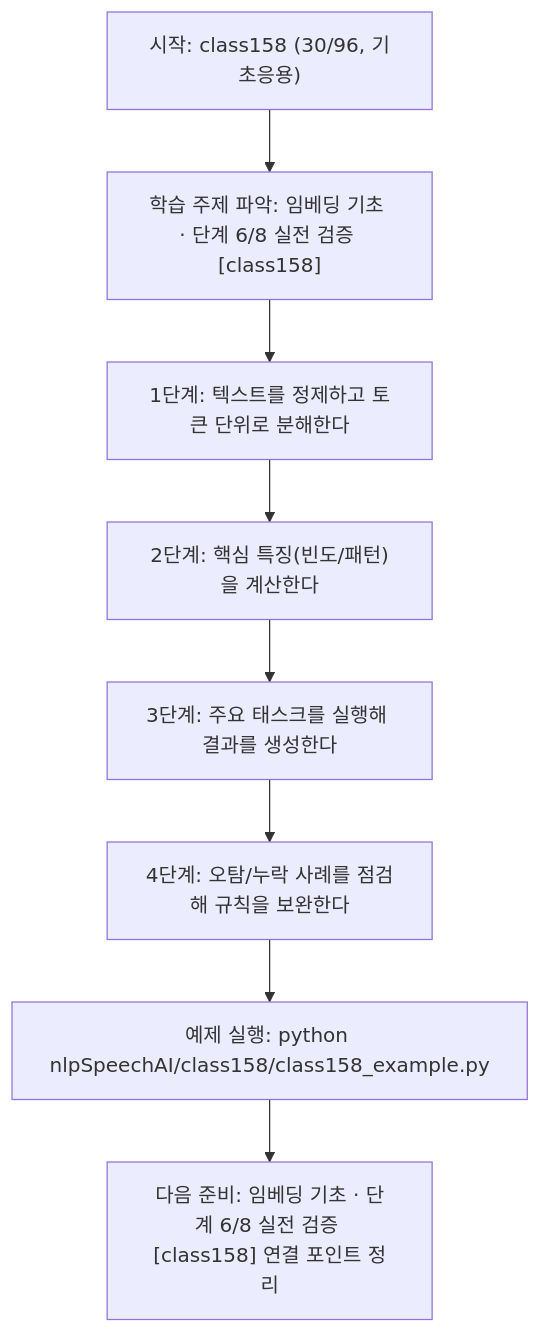
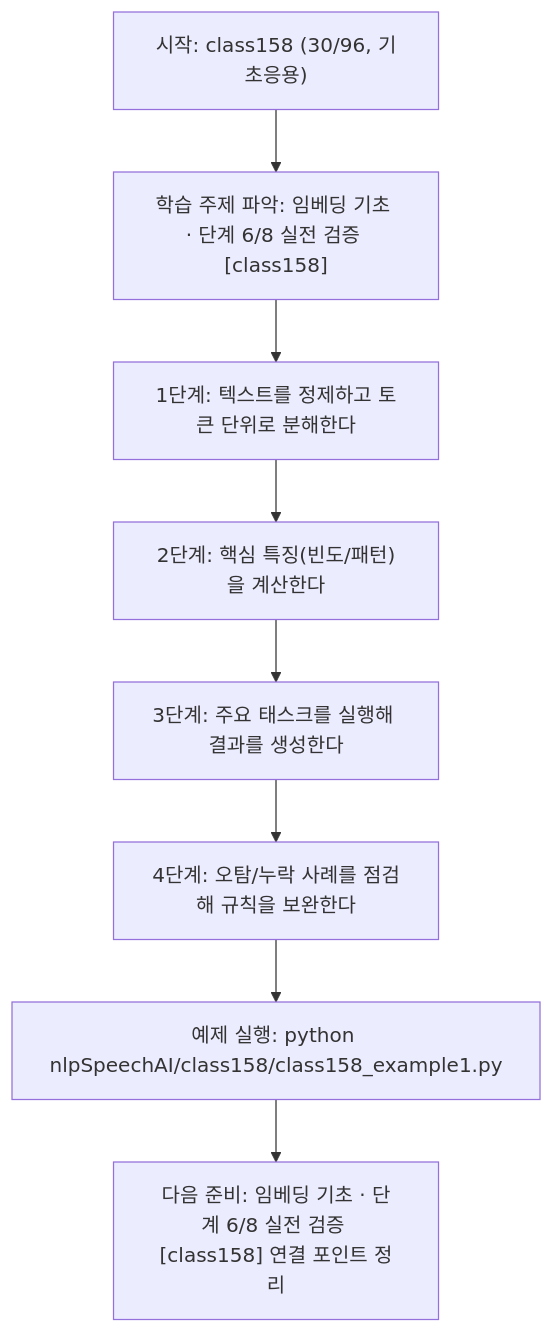
The diagram in nlpSpeechAI/class158/class158.md (edumgt/Python-AI_Agent-Class), drawn with Mermaid before and after one commit. The commit also changed other lines of this file and 2959 other files, not shown here.

````diff
--- a/nlpSpeechAI/class158/class158.md
+++ b/nlpSpeechAI/class158/class158.md
@@ -113,18 +113,18 @@
 ```mermaid
 flowchart TD
 N1["시작: class158 (30/96, 기초응용)"]
 N2["학습 주제 파악: 임베딩 기초 · 단계 6/8 실전 검증 [class158]"]
 N3["1단계: 텍스트를 정제하고 토큰 단위로 분해한다"]
 N4["2단계: 핵심 특징(빈도/패턴)을 계산한다"]
 N5["3단계: 주요 태스크를 실행해 결과를 생성한다"]
 N6["4단계: 오탐/누락 사례를 점검해 규칙을 보완한다"]
-N7["예제 실행: python nlpSpeechAI/class158/class158_example.py"]
+N7["예제 실행: python nlpSpeechAI/class158/class158_example1.py"]
 N8["다음 준비: 임베딩 기초 · 단계 6/8 실전 검증 [class158] 연결 포인트 정리"]
 N1 --> N2
 N2 --> N3
 N3 --> N4
 N4 --> N5
 N5 --> N6
 N6 --> N7
 N7 --> N8
 ```
````
